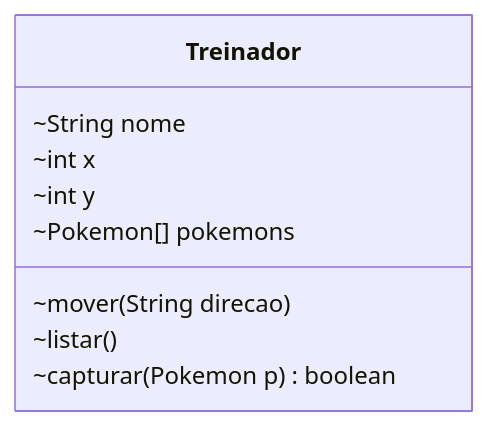
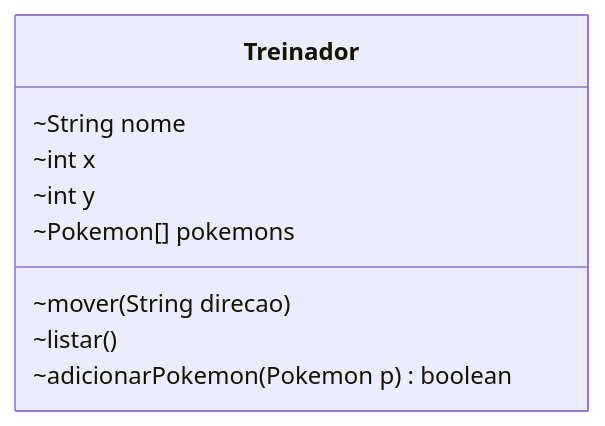
One commit to profBruno-UFC-Qx/oriented-object-programming changed the diagram in _praticas/pp01.md. Above: the diagram before and after it, drawn with Mermaid. The commit also changed other lines of this file and 2 other files, not shown here.

Commit message:
Corrigindo detalhesdo slide 01

```diff
--- a/_praticas/pp01.md
+++ b/_praticas/pp01.md
@@ -20,13 +20,13 @@
 <pre class="mermaid">
 
 classDiagram
 	class Treinador {
 	 	~String nome
 		~int x
 		~int y
 		~Pokemon[] pokemons
 		~mover(String direcao)
 		~listar()
-		~capturar(Pokemon p) boolean
+		~adicionarPokemon(Pokemon p) boolean
 	}
 </pre>    
```
